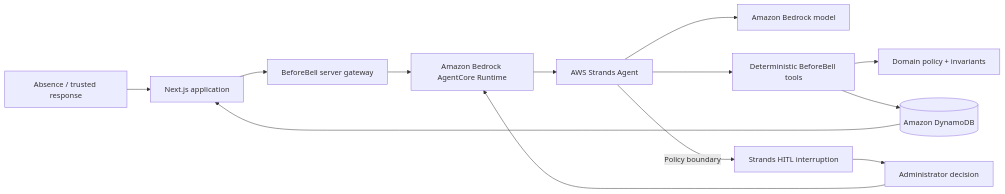
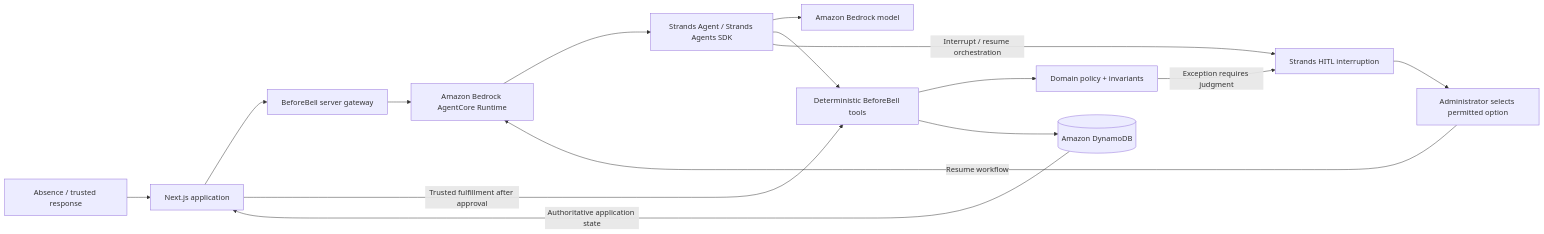
The diagram in README.md (chizzydev/BeforeBell), drawn with Mermaid before and after one commit. The commit also changed other lines of this file, not shown here.

Commit message:
docs: align architecture with final BeforeBell workflow

````diff
--- a/README.md
+++ b/README.md
@@ -137,15 +145,21 @@
 ```mermaid
 flowchart LR
     A[Absence / trusted response] --> B[Next.js application]
     B --> C[BeforeBell server gateway]
     C --> D[Amazon Bedrock AgentCore Runtime]
-    D --> E[AWS Strands Agent]
+    D --> E[Strands Agent / Strands Agents SDK]
+
     E --> F[Amazon Bedrock model]
     E --> G[Deterministic BeforeBell tools]
+
     G --> H[Domain policy + invariants]
     G --> I[(Amazon DynamoDB)]
-    E -->|Policy boundary| J[Strands HITL interruption]
-    J --> K[Administrator decision]
-    K --> D
-    I --> B
+
+    H -->|Exception requires judgment| J[Strands HITL interruption]
+    E -->|Interrupt / resume orchestration| J
+    J --> K[Administrator selects permitted option]
+    K -->|Resume workflow| D
+
+    B -->|Trusted fulfillment after approval| G
+    I -->|Authoritative application state| B
 ```
````
